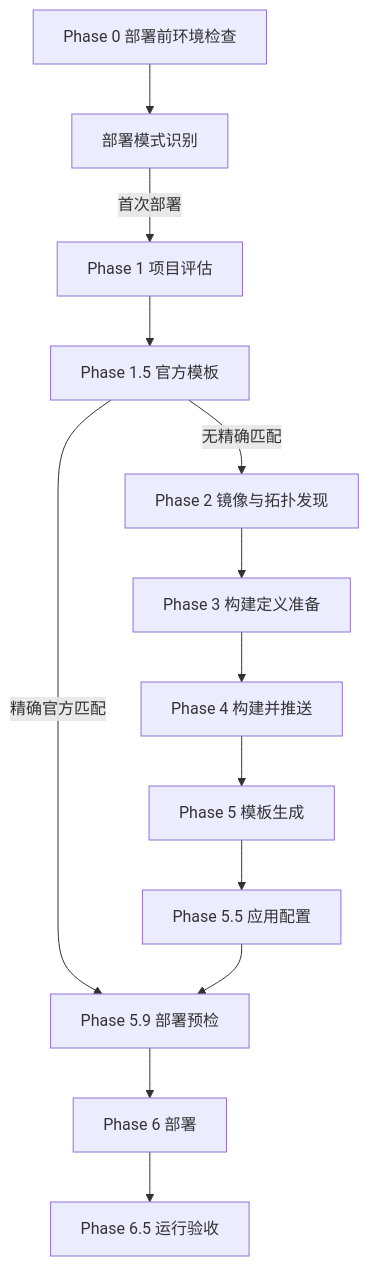
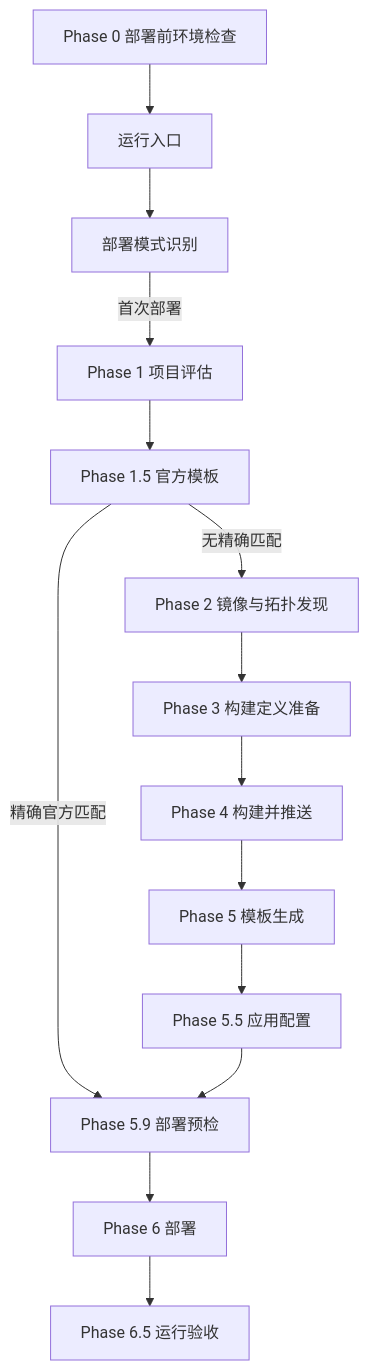
One commit to Che-Zhu/sealos-skills-doc changed the diagram in pipeline/overview.mdx. Above: the diagram before and after it, drawn with Mermaid. The commit also changed other lines of this file and 11 other files, not shown here.

````diff
--- a/pipeline/overview.mdx
+++ b/pipeline/overview.mdx
@@ -29,22 +29,23 @@
 ```mermaid
 flowchart TD
   P0[Phase 0 部署前环境检查]
+  EN[运行入口]
   MD[部署模式识别]
   P1[Phase 1 项目评估]
   P15[Phase 1.5 官方模板]
   P2[Phase 2 镜像与拓扑发现]
   P3[Phase 3 构建定义准备]
   P4[Phase 4 构建并推送]
   P5[Phase 5 模板生成]
   P55[Phase 5.5 应用配置]
   P59[Phase 5.9 部署预检]
   P6[Phase 6 部署]
   P65[Phase 6.5 运行验收]
 
-  P0 --> MD
+  P0 --> EN --> MD
   MD -->|首次部署| P1
   P1 --> P15
   P15 -->|精确官方匹配| P59
   P15 -->|无精确匹配| P2
   P2 --> P3 --> P4 --> P5 --> P55 --> P59 --> P6 --> P65
 ```
````
